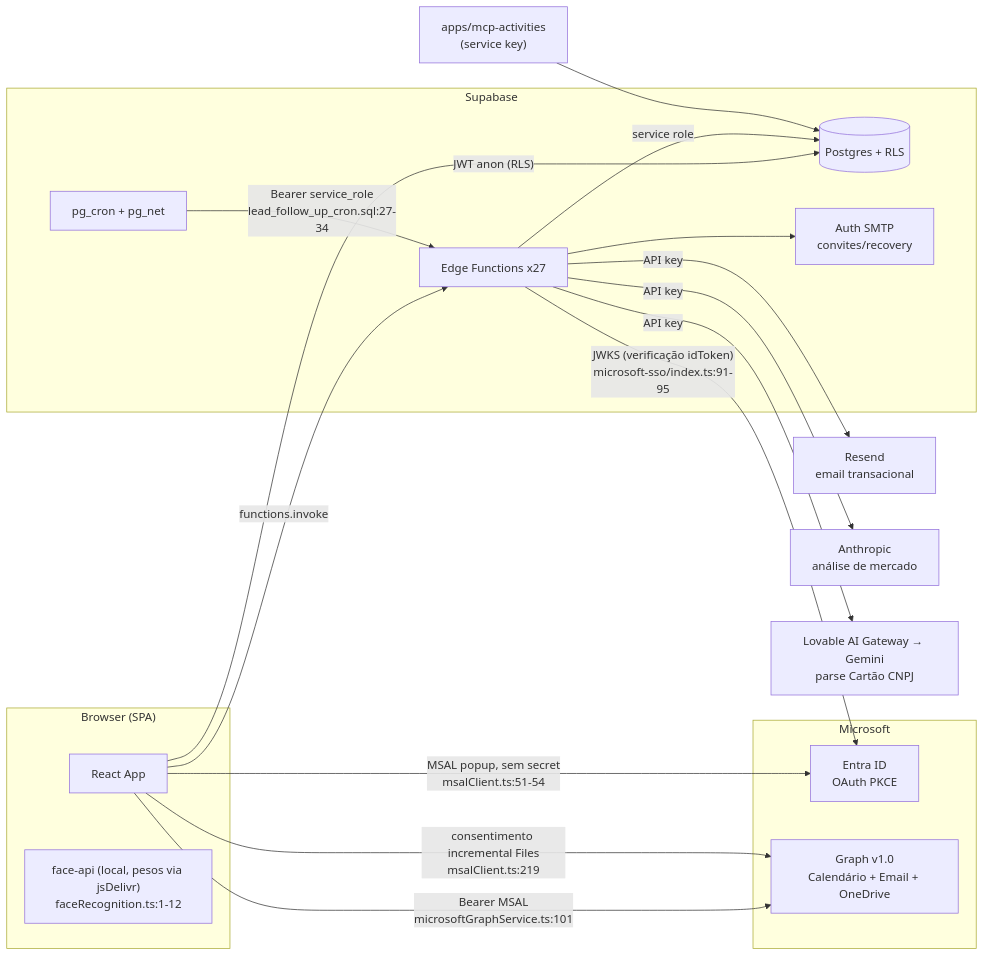
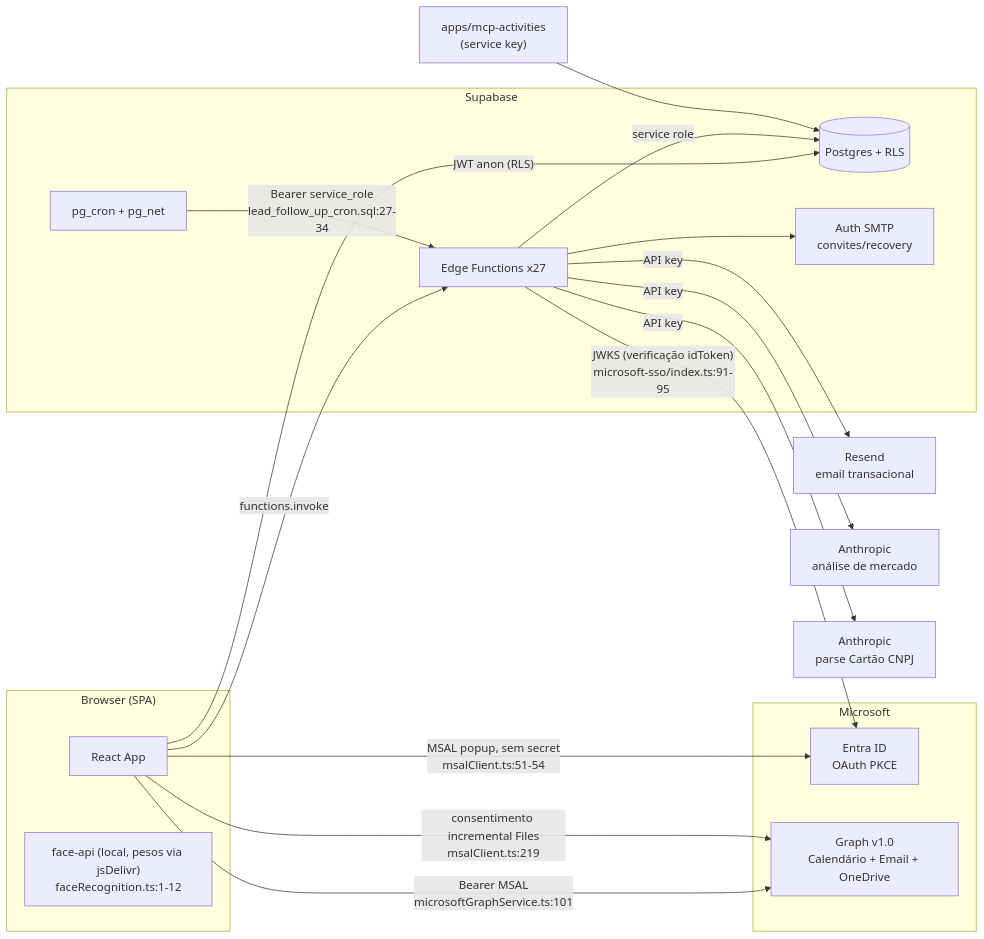
The diagram in .harness/docs/architecture/integrations.md (Origami-Lab-Organization/og-pulse), drawn with Mermaid before and after one commit. The commit also changed other lines of this file and 23 other files, not shown here.

````diff
--- a/.harness/docs/architecture/integrations.md
+++ b/.harness/docs/architecture/integrations.md
@@ -21,37 +22,37 @@
 ```mermaid
 flowchart LR
     subgraph Browser["Browser (SPA)"]
         SPA[React App]
         FACE["face-api (local, pesos via jsDelivr)<br/>faceRecognition.ts:1-12"]
     end
 
     subgraph Supabase
         REST[(Postgres + RLS)]
         EF[Edge Functions x27]
         CRON[pg_cron + pg_net]
         SMTP[Auth SMTP<br/>convites/recovery]
     end
 
     subgraph Microsoft
         ENTRA[Entra ID<br/>OAuth PKCE]
         GRAPH[Graph v1.0<br/>Calendário + Email + OneDrive]
     end
 
     EXT1[Resend<br/>email transacional]
     EXT2[Anthropic<br/>análise de mercado]
-    EXT3[Lovable AI Gateway → Gemini<br/>parse Cartão CNPJ]
+    EXT3[Anthropic<br/>parse Cartão CNPJ]
 
     SPA -->|"JWT anon (RLS)"| REST
     SPA -->|functions.invoke| EF
     SPA -->|"MSAL popup, sem secret<br/>msalClient.ts:51-54"| ENTRA
     SPA -->|"Bearer MSAL<br/>microsoftGraphService.ts:101"| GRAPH
     SPA -->|"consentimento incremental Files<br/>msalClient.ts:219"| GRAPH
     CRON -->|"Bearer service_role<br/>lead_follow_up_cron.sql:27-34"| EF
     EF -->|service role| REST
     EF -->|"JWKS (verificação idToken)<br/>microsoft-sso/index.ts:91-95"| ENTRA
     EF -->|API key| EXT1
     EF -->|API key| EXT2
     EF -->|API key| EXT3
     EF --> SMTP
     MCP["apps/mcp-activities<br/>(service key)"] --> REST
 ```
````
